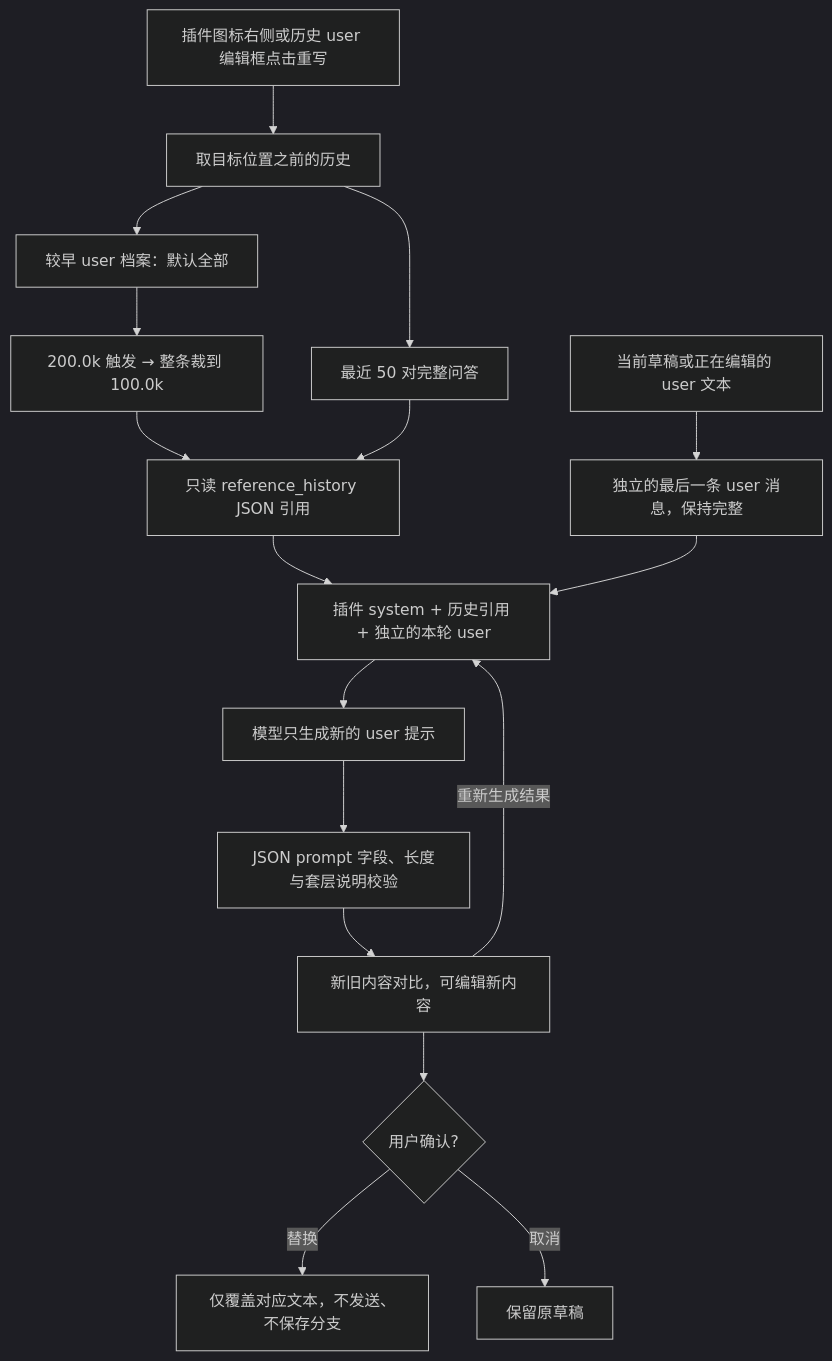
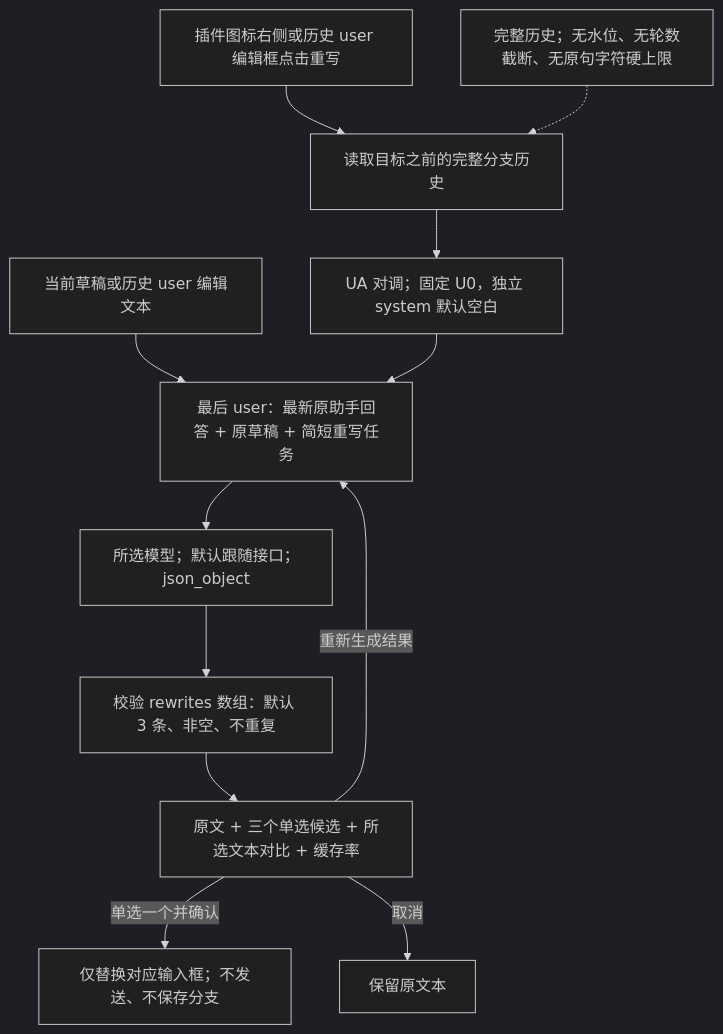
Before and after one commit to ccawmiku/workers-chat: the sixth of 7 diagrams in docs/PLUGINS.md, drawn with Mermaid (dark theme). The commit also changed other lines of this file and 17 other files, not shown here.

Commit message:
Replace candidate plugins with UA swapping and review JSON before use

````diff
--- a/docs/PLUGINS.md
+++ b/docs/PLUGINS.md
@@ -307,19 +312,14 @@
 ```mermaid
 flowchart TD
-    Click[插件图标右侧或历史 user 编辑框点击重写] --> History[取目标位置之前的历史]
-    History --> Old[较早 user 档案：默认全部]
-    History --> Recent[最近 50 对完整问答]
-    Old --> Water[200.0k 触发 → 整条裁到 100.0k]
-    Water --> Quote[只读 reference_history JSON 引用]
-    Recent --> Quote
-    Quote --> Request[插件 system + 历史引用 + 独立的本轮 user]
-    Draft[当前草稿或正在编辑的 user 文本] --> Last[独立的最后一条 user 消息，保持完整]
-    Last --> Request
-    Request --> Model[模型只生成新的 user 提示]
-    Model --> Validate[JSON prompt 字段、长度与套层说明校验]
-    Validate --> Compare[新旧内容对比，可编辑新内容]
-    Compare -->|重新生成结果| Request
-    Compare --> Confirm{用户确认?}
-    Confirm -->|替换| New[仅覆盖对应文本，不发送、不保存分支]
-    Confirm -->|取消| Keep[保留原草稿]
+    Click[插件图标右侧或历史 user 编辑框点击重写] --> History[读取目标之前的完整分支历史]
+    History --> Swap[UA 对调；固定 U0，独立 system 默认空白]
+    Draft[当前草稿或历史 user 编辑文本] --> Tail[最后 user：最新原助手回答 + 原草稿 + 简短重写任务]
+    Swap --> Tail
+    Tail --> Model[所选模型；默认跟随接口；json_object]
+    Model --> Validate[校验 rewrites 数组：默认 3 条、非空、不重复]
+    Validate --> Review[原文 + 三个单选候选 + 所选文本对比 + 缓存率]
+    Review -->|重新生成结果| Tail
+    Review -->|单选一个并确认| Replace[仅替换对应输入框；不发送、不保存分支]
+    Review -->|取消| Keep[保留原文本]
+    Water[完整历史；无水位、无轮数截断、无原句字符硬上限] -.-> History
 ```
````
